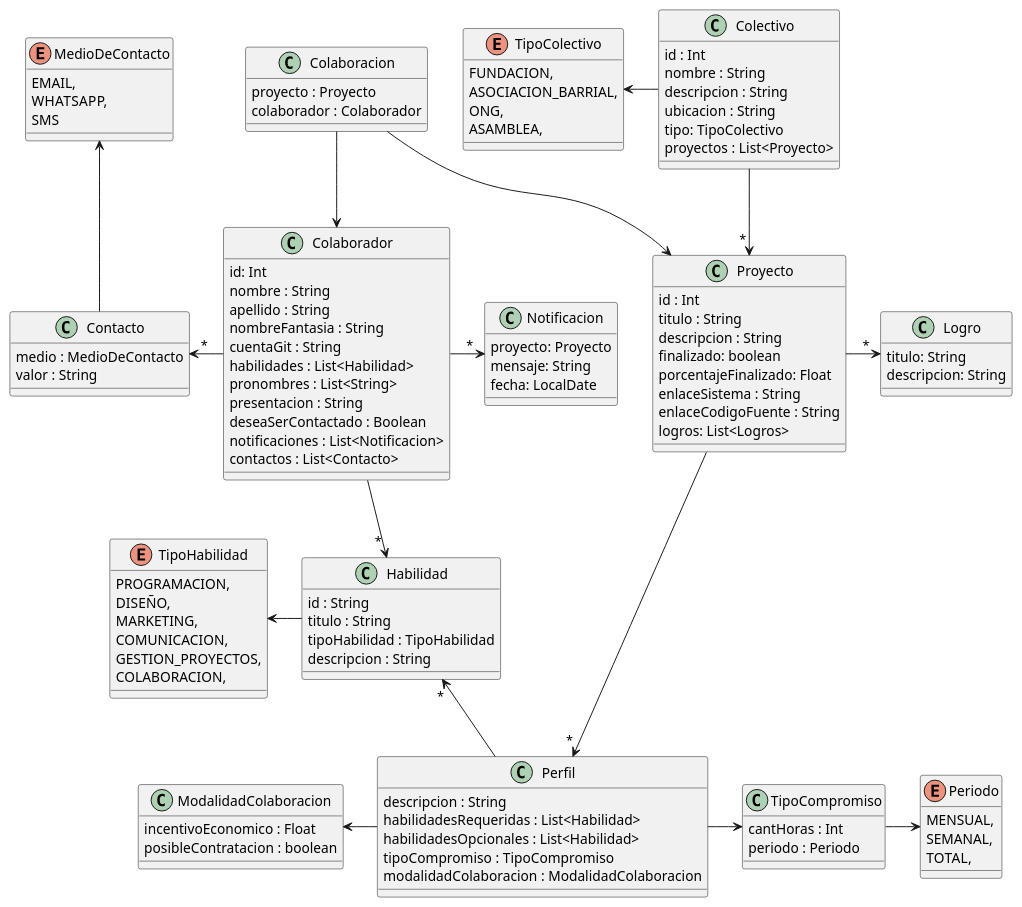
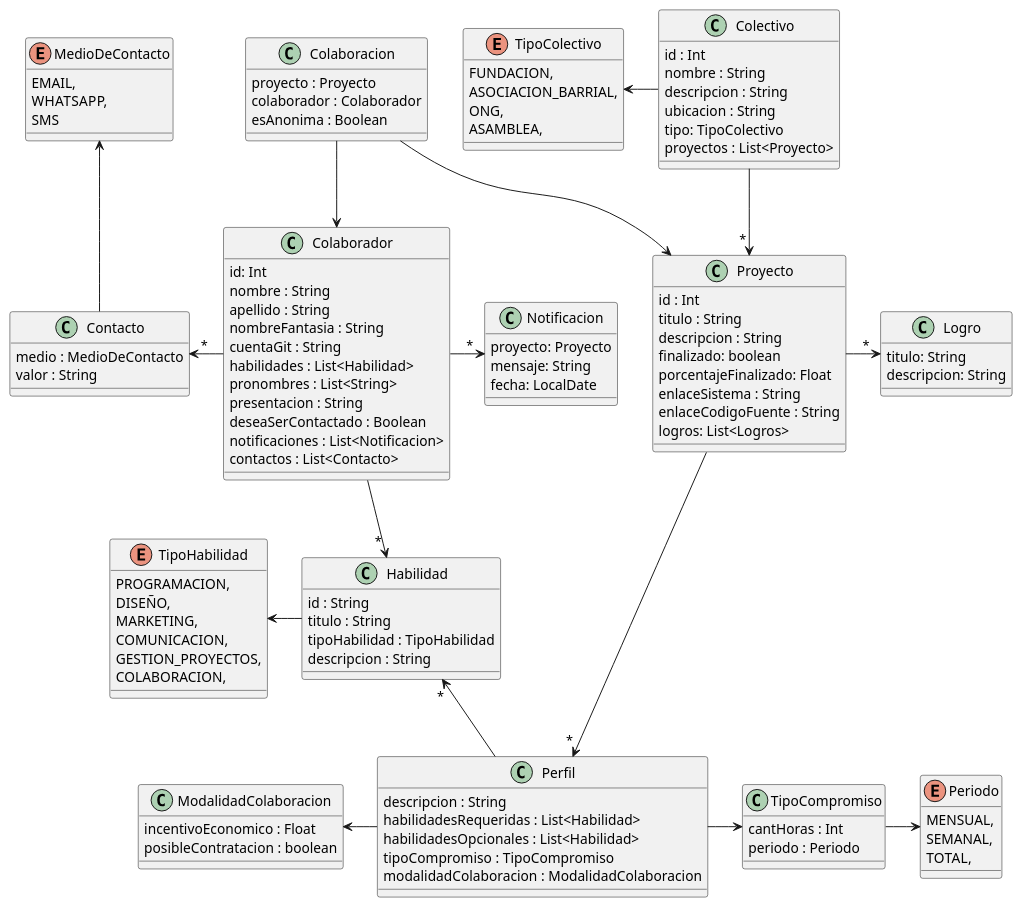
Before and after one commit to luchoetapia/tp_ddso_grupo_4: the diagram in diagramaDeClases.puml, drawn with PlantUML. The commit also changed 3 other files, not shown here.

Commit message:
Modificacion Schema

```diff
--- a/diagramaDeClases.puml
+++ b/diagramaDeClases.puml
@@ -1,136 +1,137 @@
 @startuml
 
 class Colectivo {
 id : Int
 nombre : String
 descripcion : String
 ubicacion : String
 tipo: TipoColectivo
 proyectos : List<Proyecto>
 }
 
 '(Fran): Aca sacaría el finalizado y le dejearía el porcentaje solo.
 class Proyecto {
 id : Int 
 titulo : String
 descripcion : String
 finalizado: boolean
 porcentajeFinalizado: Float
 enlaceSistema : String
 enlaceCodigoFuente : String
 logros: List<Logros>
 }
 
 '(Fran): No estoy seguro que mas agregarle a los logros, consultar.
 class Logro {
 titulo: String
 descripcion: String
 }
 
 class Perfil {
 descripcion : String
 habilidadesRequeridas : List<Habilidad>
 habilidadesOpcionales : List<Habilidad>
 tipoCompromiso : TipoCompromiso
 modalidadColaboracion : ModalidadColaboracion
 }
 
 class TipoCompromiso {
 cantHoras : Int
 periodo : Periodo
 }
 
 ' Cambio el id a String, porque el enunciado dice que es el titulo normalizado.
 class Habilidad {
 id : String
 titulo : String
 tipoHabilidad : TipoHabilidad
 descripcion : String
 }
 
 class Colaborador{
 id: Int
 nombre : String
 apellido : String
 nombreFantasia : String
 cuentaGit : String
 habilidades : List<Habilidad>
 pronombres : List<String>
 presentacion : String
 deseaSerContactado : Boolean
 notificaciones : List<Notificacion>
 contactos : List<Contacto>
 }
 
 class Contacto {
 medio : MedioDeContacto
 valor : String
 }
 
 enum MedioDeContacto {
 EMAIL,
 WHATSAPP,
 SMS
 }
 
 class Notificacion {
 proyecto: Proyecto
 mensaje: String
 fecha: LocalDate
 }
 
 class Colaboracion {
 proyecto : Proyecto
 colaborador : Colaborador
+esAnonima : Boolean
 }
 
 class ModalidadColaboracion {
 incentivoEconomico : Float
 posibleContratacion : boolean
 }
 
 enum TipoColectivo {
 FUNDACION, 
 ASOCIACION_BARRIAL, 
 ONG, 
 ASAMBLEA,
 }
 
 enum Periodo {
 MENSUAL, 
 SEMANAL, 
 TOTAL,
 }
 
 enum TipoHabilidad {
 PROGRAMACION, 
 DISEÑO, 
 MARKETING, 
 COMUNICACION, 
 GESTION_PROYECTOS, 
 COLABORACION,
 }
 
 Colectivo -d-> " * " Proyecto
 Colectivo -l-> TipoColectivo
 
 Proyecto -d-> " * " Perfil
 Proyecto -> " * " Logro
 
 Perfil -r-> TipoCompromiso
 Perfil -l-> ModalidadColaboracion
 Perfil -u-> " * " Habilidad
 
 Colaboracion -d-> Proyecto
 
 Colaborador <-u- Colaboracion
 Colaborador -d-> " * " Habilidad
 Colaborador -l-> " * " Contacto
 Colaborador -> " * " Notificacion
 
 Contacto -u-> MedioDeContacto
 
 TipoCompromiso -r-> Periodo
 
 Habilidad -l-> TipoHabilidad
 @enduml
```
